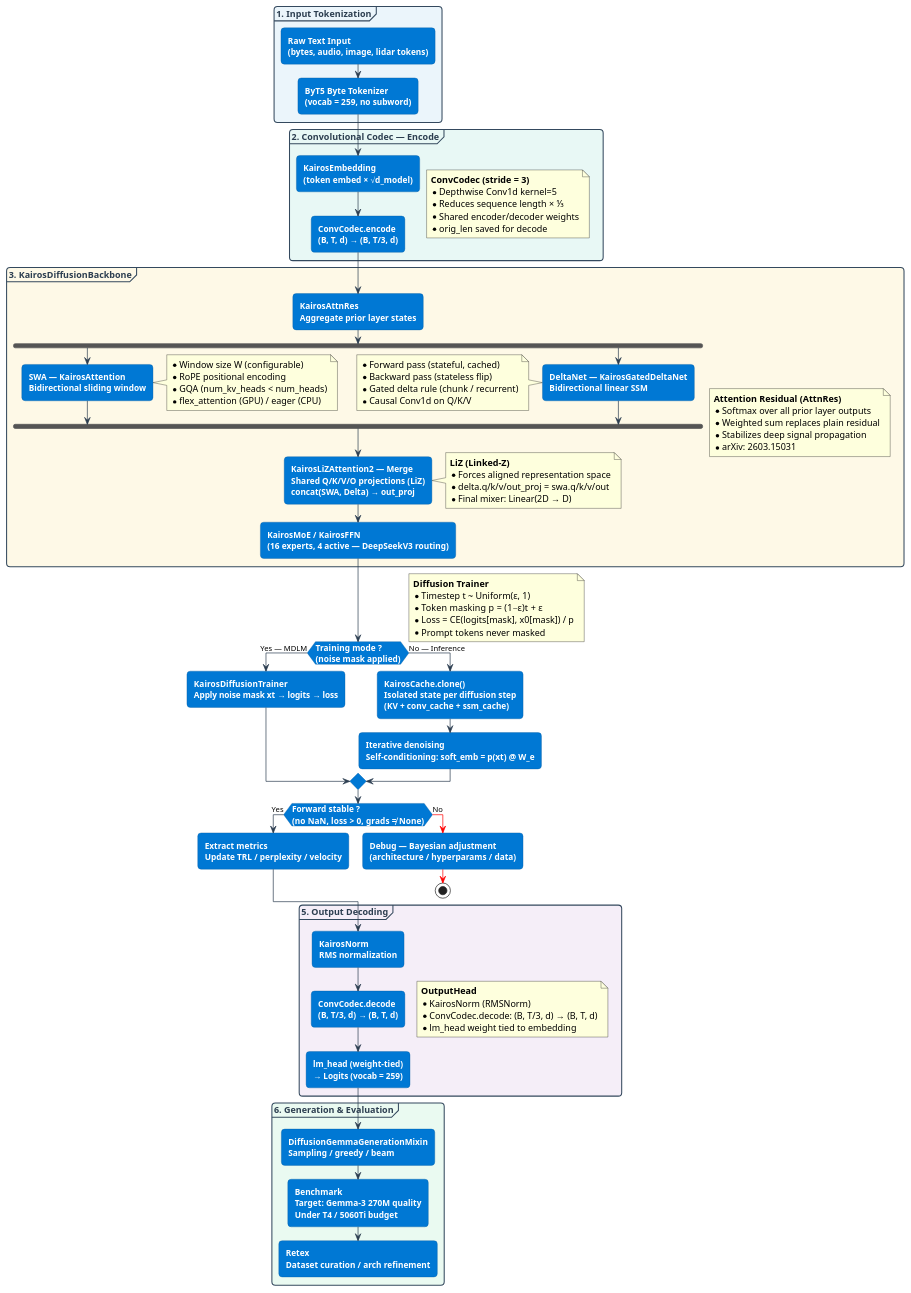
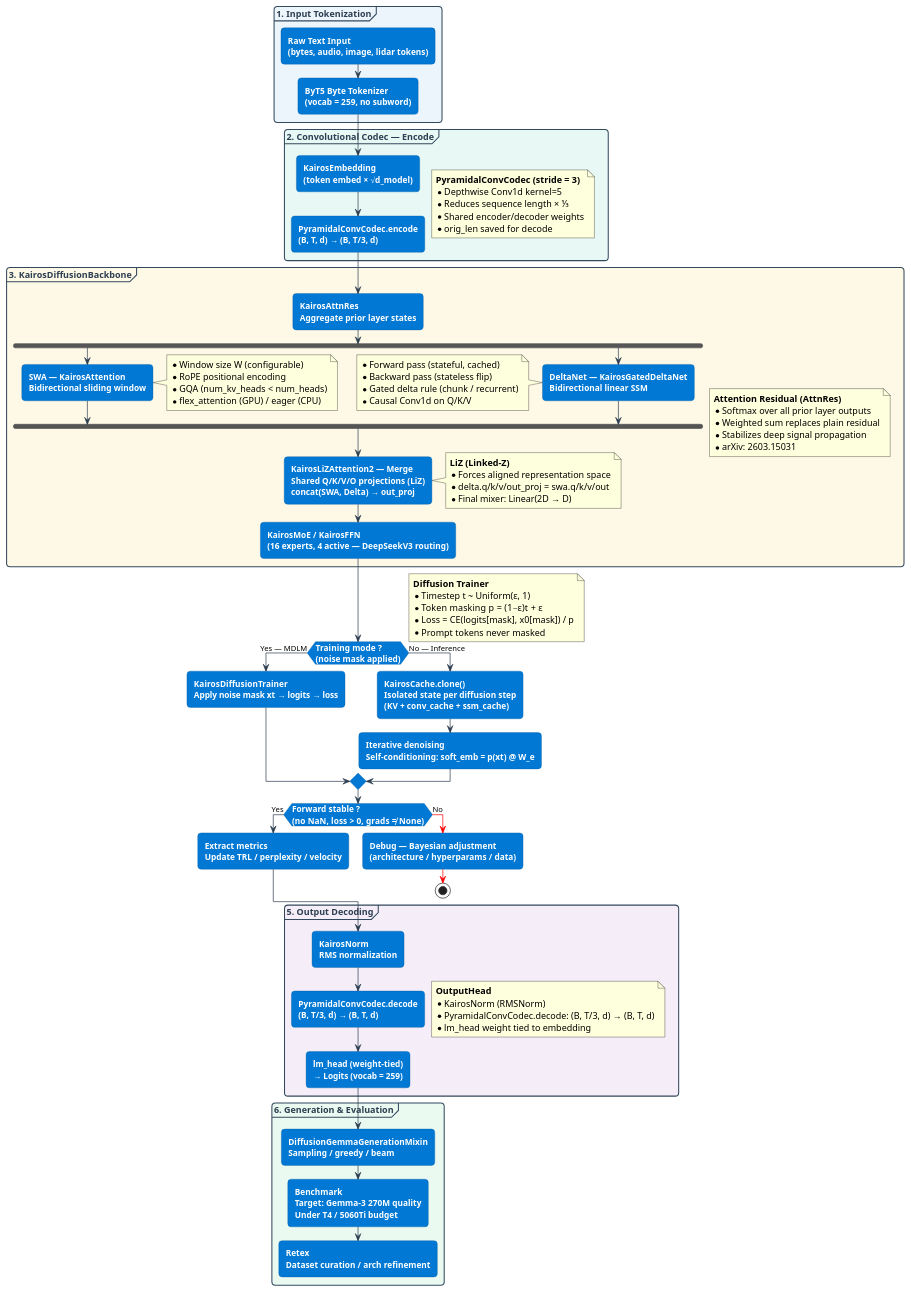
The diagram in docs/kairos_architecture.puml (fabienfrfr/Kairos), drawn with PlantUML before and after one commit. The commit also changed 34 other files, not shown here.

```diff
--- a/docs/kairos_architecture.puml
+++ b/docs/kairos_architecture.puml
@@ -1,142 +1,142 @@
 @startuml
 skinparam backgroundColor white
 skinparam roundcorner 10
 skinparam arrowColor #2C3E50
 skinparam Shadowing false
 
 skinparam activity {
     BackgroundColor #0078D4
     BorderColor #005A9E
     FontColor white
     FontSize 12
     FontStyle bold
 }
 
 skinparam partition {
     BorderColor #34495E
     FontColor #2C3E50
     FontSize 13
     FontStyle bold
 }
 
 ' ─────────────────────────────────────────
 ' 1. INPUT
 ' ─────────────────────────────────────────
 partition "1. Input Tokenization" #EBF5FB {
     :Raw Text Input\n(bytes, audio, image, lidar tokens);
     :ByT5 Byte Tokenizer\n(vocab = 259, no subword);
 }
 
 ' ─────────────────────────────────────────
 ' 2. CODEC
 ' ─────────────────────────────────────────
 partition "2. Convolutional Codec — Encode" #E8F8F5 {
     note right
-        **ConvCodec (stride = 3)**
+        **PyramidalConvCodec (stride = 3)**
         * Depthwise Conv1d kernel=5
         * Reduces sequence length × ⅓
         * Shared encoder/decoder weights
         * orig_len saved for decode
     end note
     :KairosEmbedding\n(token embed × √d_model);
-    :ConvCodec.encode\n(B, T, d) → (B, T/3, d);
+    :PyramidalConvCodec.encode\n(B, T, d) → (B, T/3, d);
 }
 
 ' ─────────────────────────────────────────
 ' 3. BACKBONE
 ' ─────────────────────────────────────────
 partition "3. KairosDiffusionBackbone" #FEF9E7 {
     note right
         **Attention Residual (AttnRes)**
         * Softmax over all prior layer outputs
         * Weighted sum replaces plain residual
         * Stabilizes deep signal propagation
         * arXiv: 2603.15031
     end note
     :KairosAttnRes\nAggregate prior layer states;
 
     fork
         ' ── LEFT: SWA ──
         :SWA — KairosAttention\nBidirectional sliding window;
         note right
             * Window size W (configurable)
             * RoPE positional encoding
             * GQA (num_kv_heads < num_heads)
             * flex_attention (GPU) / eager (CPU)
         end note
     fork again
         ' ── RIGHT: DeltaNet ──
         :DeltaNet — KairosGatedDeltaNet\nBidirectional linear SSM;
         note left
             * Forward pass (stateful, cached)
             * Backward pass (stateless flip)
             * Gated delta rule (chunk / recurrent)
             * Causal Conv1d on Q/K/V
         end note
     end fork
 
     :KairosLiZAttention2 — Merge\nShared Q/K/V/O projections (LiZ)\nconcat(SWA, Delta) → out_proj;
     note right
         **LiZ (Linked-Z)**
         * Forces aligned representation space
         * delta.q/k/v/out_proj = swa.q/k/v/out
         * Final mixer: Linear(2D → D)
     end note
 
     :KairosMoE / KairosFFN\n(16 experts, 4 active — DeepSeekV3 routing);
 }
 
 ' ─────────────────────────────────────────
 ' 4. DIFFUSION LOOP
 ' ─────────────────────────────────────────
 if (Training mode ?\n(noise mask applied)) then (Yes — MDLM)
     note right
         **Diffusion Trainer**
         * Timestep t ~ Uniform(ε, 1)
         * Token masking p = (1−ε)t + ε
         * Loss = CE(logits[mask], x0[mask]) / p
         * Prompt tokens never masked
     end note
     :KairosDiffusionTrainer\nApply noise mask xt → logits → loss;
 else (No — Inference)
     :KairosCache.clone()\nIsolated state per diffusion step\n(KV + conv_cache + ssm_cache);
     :Iterative denoising\nSelf-conditioning: soft_emb = p(xt) @ W_e;
 endif
 
 ' ─────────────────────────────────────────
 ' 5. VALIDATION GATE
 ' ─────────────────────────────────────────
 if (Forward stable ?\n(no NaN, loss > 0, grads ≠ None)) then (Yes)
     :Extract metrics\nUpdate TRL / perplexity / velocity;
 else (No)
     -[#red]->
     :Debug — Bayesian adjustment\n(architecture / hyperparams / data);
     -[#red]->
     stop
 endif
 
 ' ─────────────────────────────────────────
 ' 6. OUTPUT
 ' ─────────────────────────────────────────
 partition "5. Output Decoding" #F5EEF8 {
     note right
         **OutputHead**
         * KairosNorm (RMSNorm)
-        * ConvCodec.decode: (B, T/3, d) → (B, T, d)
+        * PyramidalConvCodec.decode: (B, T/3, d) → (B, T, d)
         * lm_head weight tied to embedding
     end note
     :KairosNorm\nRMS normalization;
-    :ConvCodec.decode\n(B, T/3, d) → (B, T, d);
+    :PyramidalConvCodec.decode\n(B, T/3, d) → (B, T, d);
     :lm_head (weight-tied)\n→ Logits (vocab = 259);
 }
 
 ' ─────────────────────────────────────────
 ' 7. CLOSE
 ' ─────────────────────────────────────────
 partition "6. Generation & Evaluation" #EAFAF1 {
     :DiffusionGemmaGenerationMixin\nSampling / greedy / beam;
     :Benchmark\nTarget: Gemma-3 270M quality\nUnder T4 / 5060Ti budget;
     :Retex\nDataset curation / arch refinement;
 }
 
 @enduml
```
